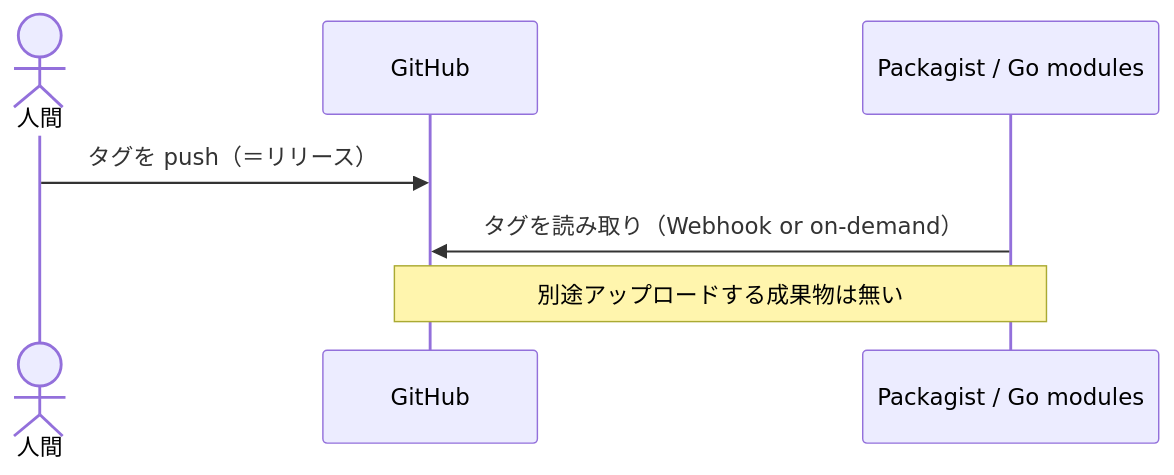
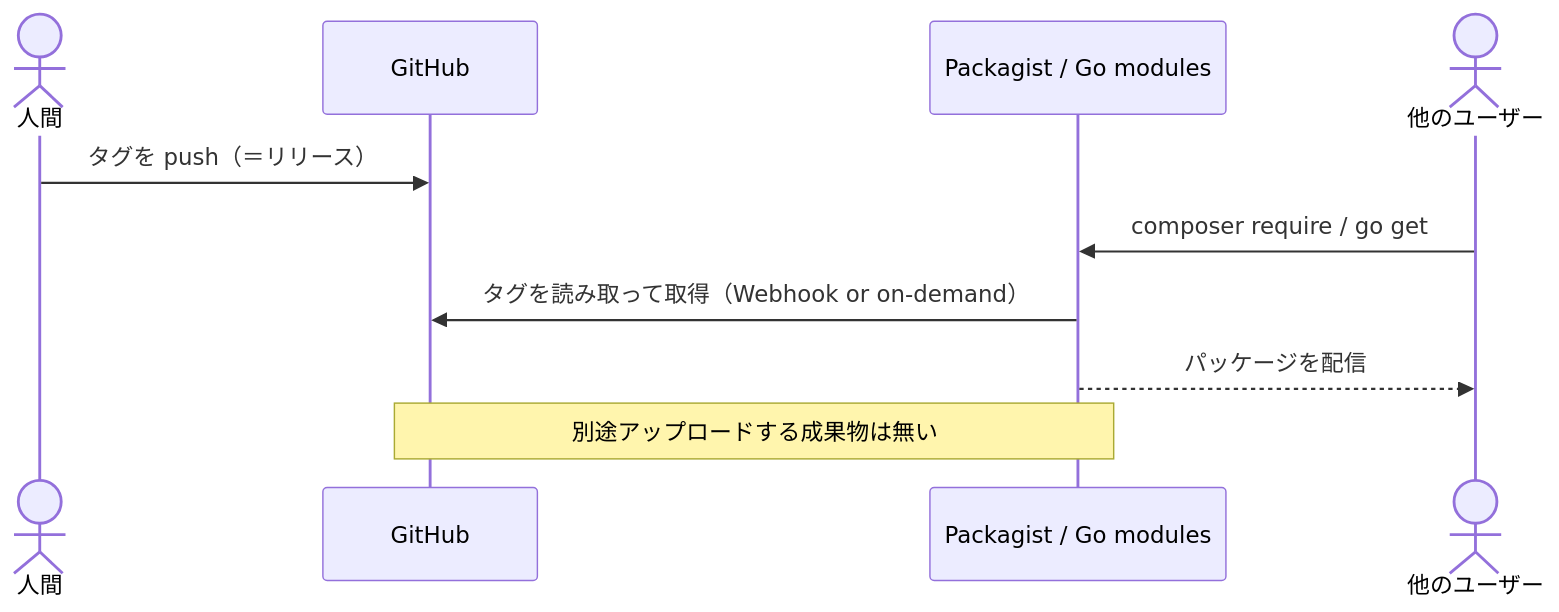
The sixth of 6 diagrams in articles/github-release-not-a-publish-trigger.md (mpyw/zenn), drawn with Mermaid before and after one commit.

Commit message:
docs: パターン 3 の順序図に利用者を追加し取得の向きを修正
レジストリが GitHub を読むだけの図に「他のユーザー」を追加し，
利用者の composer require / go get が取得を駆動して配信される流れを明示。

````diff
--- a/articles/github-release-not-a-publish-trigger.md
+++ b/articles/github-release-not-a-publish-trigger.md
@@ -392,10 +392,13 @@
 ```mermaid
 sequenceDiagram
     actor Human as 人間
     participant GH as GitHub
     participant Reg as Packagist / Go modules
+    actor User as 他のユーザー
 
     Human->>GH: タグを push（＝リリース）
-    Reg->>GH: タグを読み取り（Webhook or on-demand）
+    User->>Reg: composer require / go get
+    Reg->>GH: タグを読み取って取得（Webhook or on-demand）
+    Reg-->>User: パッケージを配信
     Note over GH,Reg: 別途アップロードする成果物は無い
 ```
````
